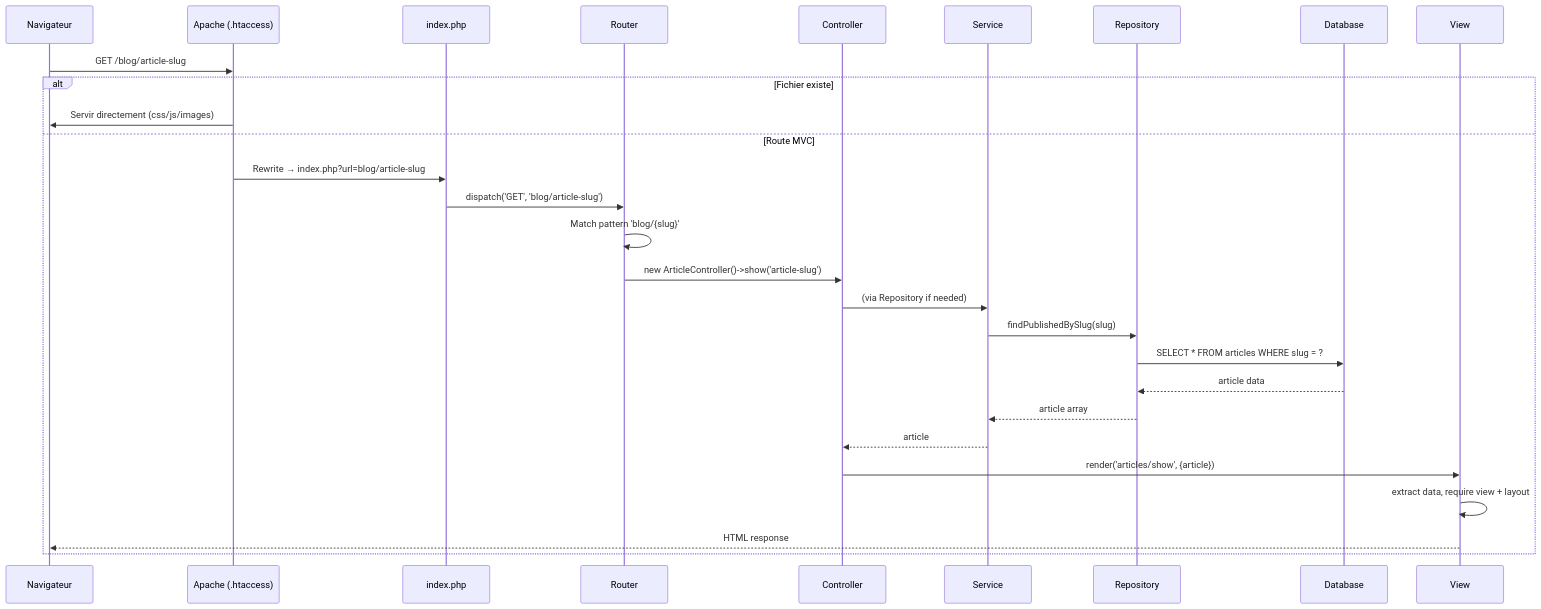
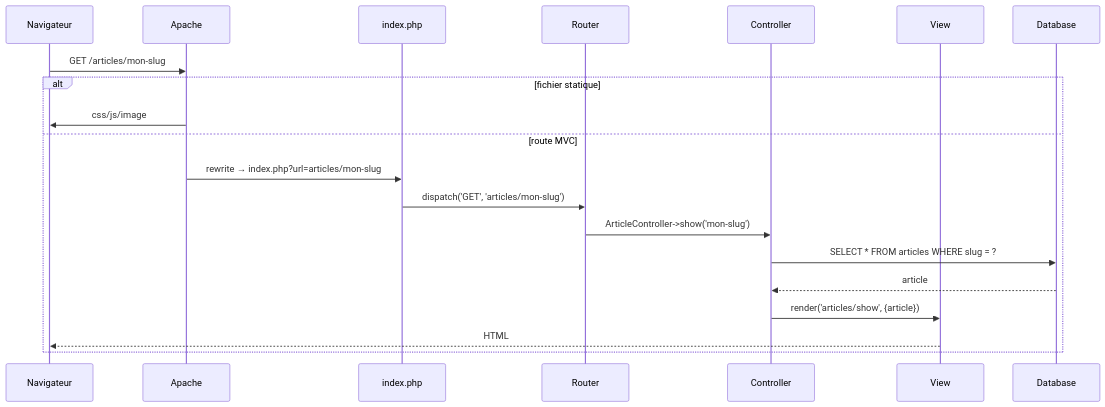
Before and after one commit to TheNeovimmer/lulu: diagram 13 of 13 in docs/UML.md, drawn with Mermaid. The commit also changed other lines of this file, not shown here.

Commit message:
docs: simplify class + refine use-case diagrams per-role + general

````diff
--- a/docs/UML.md
+++ b/docs/UML.md
@@ -1076,31 +492,23 @@
 ```mermaid
 sequenceDiagram
   participant B as Navigateur
-  participant A as Apache (.htaccess)
+  participant A as Apache
   participant I as index.php
   participant R as Router
   participant C as Controller
-  participant S as Service
-  participant Repo as Repository
+  participant V as View
   participant DB as Database
-  participant V as View
 
-  B->>A: GET /blog/article-slug
-  alt Fichier existe
-    A->>B: Servir directement (css/js/images)
-  else Route MVC
-    A->>I: Rewrite → index.php?url=blog/article-slug
-    I->>R: dispatch('GET', 'blog/article-slug')
-    R->>R: Match pattern 'blog/{slug}'
-    R->>C: new ArticleController()->show('article-slug')
-    C->>S: (via Repository if needed)
-    S->>Repo: findPublishedBySlug(slug)
-    Repo->>DB: SELECT * FROM articles WHERE slug = ?
-    DB-->>Repo: article data
-    Repo-->>S: article array
-    S-->>C: article
+  B->>A: GET /articles/mon-slug
+  alt fichier statique
+    A->>B: css/js/image
+  else route MVC
+    A->>I: rewrite → index.php?url=articles/mon-slug
+    I->>R: dispatch('GET', 'articles/mon-slug')
+    R->>C: ArticleController->show('mon-slug')
+    C->>DB: SELECT * FROM articles WHERE slug = ?
+    DB-->>C: article
     C->>V: render('articles/show', {article})
-    V->>V: extract data, require view + layout
-    V-->>B: HTML response
+    V-->>B: HTML
   end
 ```
````
